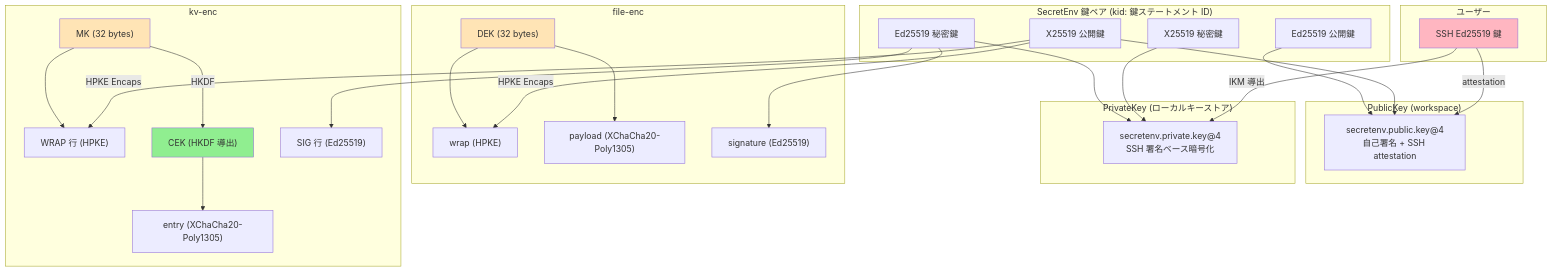
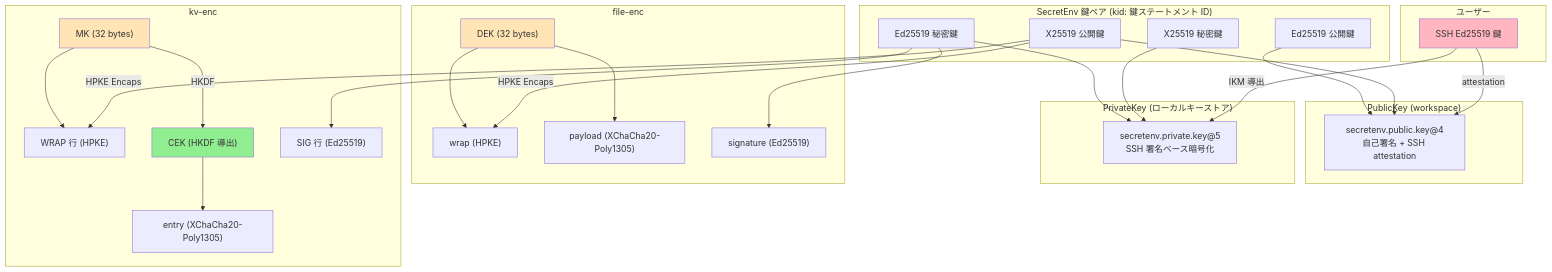
One commit to ebisawa/kapsaro changed the sixth of 6 diagrams in guides/security_design_ja.md. Above: the diagram before and after it, drawn with Mermaid. The commit also changed other lines of this file and 33 other files, not shown here.

First line of the commit message:
refactor: upgrade PrivateKey to v5 with separated salts and hardened Argon2id

````diff
--- a/guides/security_design_ja.md
+++ b/guides/security_design_ja.md
@@ -1600,59 +1599,59 @@
 ```mermaid
 graph TB
     subgraph user["ユーザー"]
         SSH["SSH Ed25519 鍵"]
     end
 
     subgraph secretenv_keys["SecretEnv 鍵ペア (kid: 鍵ステートメント ID)"]
         KEM_PK["X25519 公開鍵"]
         KEM_SK["X25519 秘密鍵"]
         SIG_PK["Ed25519 公開鍵"]
         SIG_SK["Ed25519 秘密鍵"]
     end
 
     subgraph public_key["PublicKey (workspace)"]
         PK_DOC["secretenv.public.key@4<br/>自己署名 + SSH attestation"]
     end
 
     subgraph private_key["PrivateKey (ローカルキーストア)"]
-        PK_ENC["secretenv.private.key@4<br/>SSH 署名ベース暗号化"]
+        PK_ENC["secretenv.private.key@5<br/>SSH 署名ベース暗号化"]
     end
 
     subgraph file_enc["file-enc"]
         DEK["DEK (32 bytes)"]
         FILE_WRAP["wrap (HPKE)"]
         FILE_PAYLOAD["payload (XChaCha20-Poly1305)"]
         FILE_SIG["signature (Ed25519)"]
     end
 
     subgraph kv_enc["kv-enc"]
         MK["MK (32 bytes)"]
         KV_WRAP["WRAP 行 (HPKE)"]
         CEK["CEK (HKDF 導出)"]
         ENTRY["entry (XChaCha20-Poly1305)"]
         KV_SIG["SIG 行 (Ed25519)"]
     end
 
     SSH -->|attestation| PK_DOC
     SSH -->|IKM 導出| PK_ENC
     KEM_PK --> PK_DOC
     SIG_PK --> PK_DOC
     KEM_SK --> PK_ENC
     SIG_SK --> PK_ENC
 
     KEM_PK -->|HPKE Encaps| FILE_WRAP
     KEM_PK -->|HPKE Encaps| KV_WRAP
     DEK --> FILE_WRAP
     DEK --> FILE_PAYLOAD
     SIG_SK --> FILE_SIG
 
     MK --> KV_WRAP
     MK -->|HKDF| CEK
     CEK --> ENTRY
     SIG_SK --> KV_SIG
 
     style SSH fill:#FFB6C1
     style DEK fill:#FFE4B5
     style MK fill:#FFE4B5
     style CEK fill:#90EE90
 ```
````
